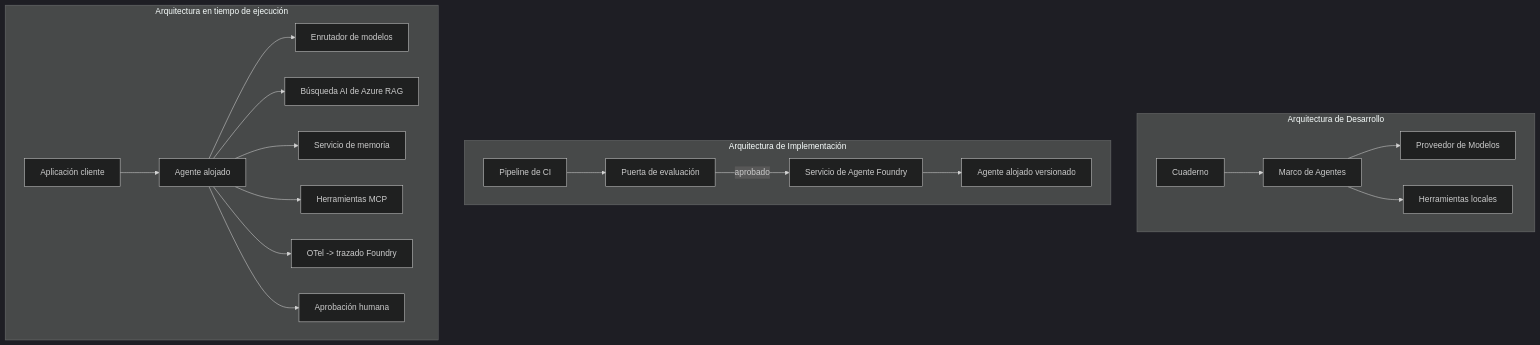
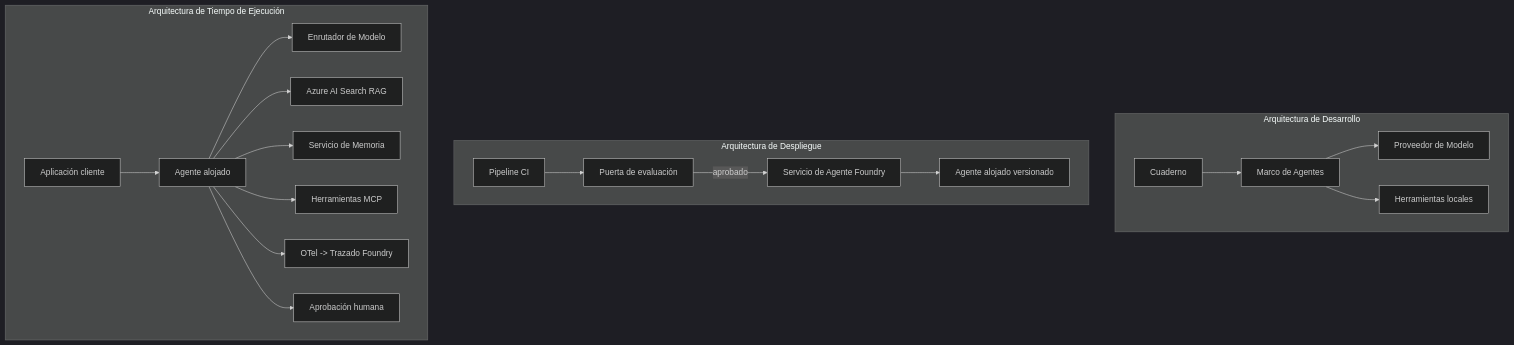
The fourth of 4 diagrams in translations/es/16-deploying-scalable-agents/README.md (microsoft/ai-agents-for-beginners), drawn with Mermaid (dark theme) before and after one commit. The commit also changed other lines of this file and 47 other files, not shown here.

````diff
--- a/translations/es/16-deploying-scalable-agents/README.md
+++ b/translations/es/16-deploying-scalable-agents/README.md
@@ -185,22 +185,22 @@
 ```mermaid
 flowchart TB
     subgraph Dev[Arquitectura de Desarrollo]
         D1[Cuaderno] --> D2[Marco de Agentes]
-        D2 --> D3[Proveedor de Modelos]
+        D2 --> D3[Proveedor de Modelo]
         D2 --> D4[Herramientas locales]
     end
-    subgraph Deploy[Arquitectura de Implementación]
-        E1[Pipeline de CI] --> E2[Puerta de evaluación]
+    subgraph Deploy[Arquitectura de Despliegue]
+        E1[Pipeline CI] --> E2[Puerta de evaluación]
         E2 -->|aprobado| E3[Servicio de Agente Foundry]
         E3 --> E4[Agente alojado versionado]
     end
-    subgraph Run[Arquitectura en tiempo de ejecución]
+    subgraph Run[Arquitectura de Tiempo de Ejecución]
         F1[Aplicación cliente] --> F2[Agente alojado]
-        F2 --> F3[Enrutador de modelos]
-        F2 --> F4[Búsqueda AI de Azure RAG]
-        F2 --> F5[Servicio de memoria]
+        F2 --> F3[Enrutador de Modelo]
+        F2 --> F4[Azure AI Search RAG]
+        F2 --> F5[Servicio de Memoria]
         F2 --> F6[Herramientas MCP]
-        F2 --> F7[OTel -> trazado Foundry]
+        F2 --> F7[OTel -> Trazado Foundry]
         F2 --> F8[Aprobación humana]
     end
 ```
````
